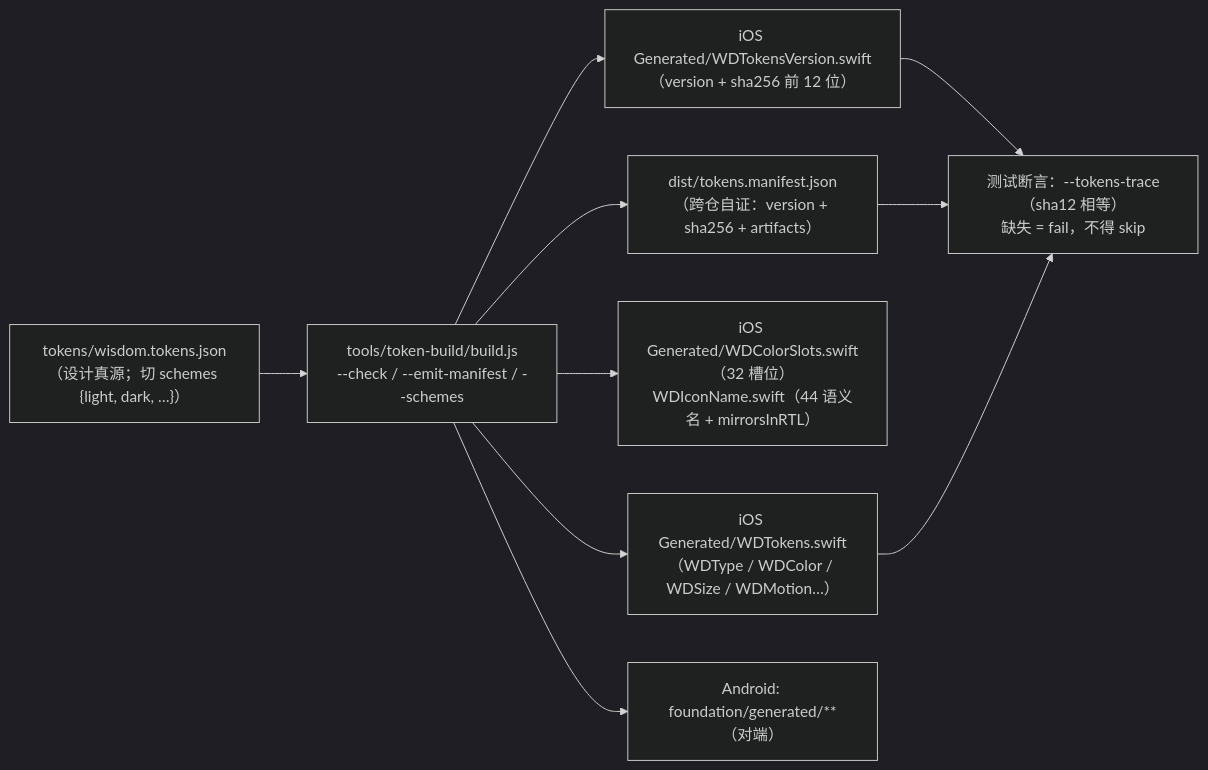
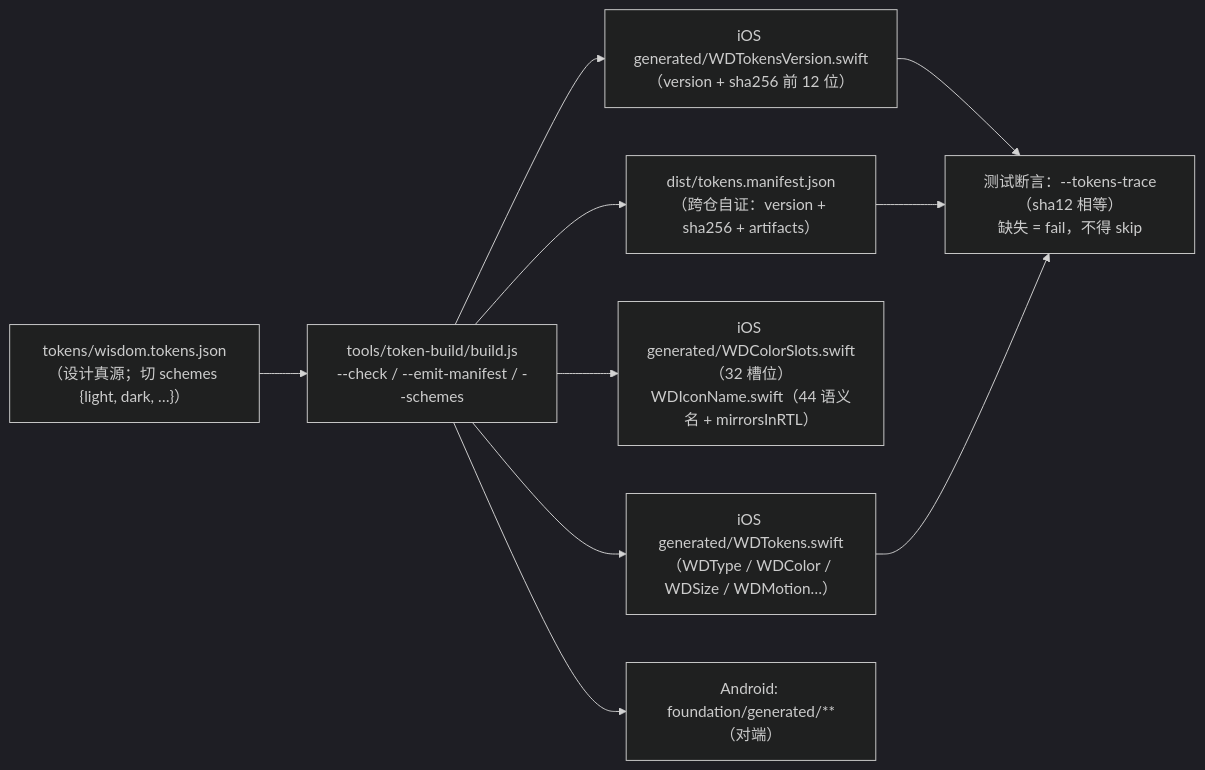
Before and after one commit to wlunc/WisdomDesign-iOS: the second of 8 diagrams in docs/ARCHITECTURE.md, drawn with Mermaid (dark theme). The commit also changed other lines of this file and 10 other files, not shown here.

````diff
--- a/docs/ARCHITECTURE.md
+++ b/docs/ARCHITECTURE.md
@@ -129,21 +129,21 @@
 ```mermaid
 flowchart LR
   Tok["tokens/wisdom.tokens.json<br/>（设计真源；切 schemes {light, dark, …}）"]
   Gen["tools/token-build/build.js<br/>--check / --emit-manifest / --schemes"]
-  S1["iOS Generated/WDTokens.swift<br/>（WDType / WDColor / WDSize / WDMotion…）"]
-  S2["iOS Generated/WDTokensVersion.swift<br/>（version + sha256 前 12 位）"]
-  S3["iOS Generated/WDColorSlots.swift（32 槽位）<br/>WDIconName.swift（44 语义名 + mirrorsInRTL）"]
+  S1["iOS generated/WDTokens.swift<br/>（WDType / WDColor / WDSize / WDMotion…）"]
+  S2["iOS generated/WDTokensVersion.swift<br/>（version + sha256 前 12 位）"]
+  S3["iOS generated/WDColorSlots.swift（32 槽位）<br/>WDIconName.swift（44 语义名 + mirrorsInRTL）"]
   Man["dist/tokens.manifest.json<br/>（跨仓自证：version + sha256 + artifacts）"]
   And["Android: foundation/generated/**（对端）"]
   T["测试断言：--tokens-trace（sha12 相等）<br/>缺失 = fail，不得 skip"]
 
   Tok --> Gen
   Gen --> S1
   Gen --> S2
   Gen --> S3
   Gen --> And
   Gen --> Man
   S2 --> T
   Man --> T
   S1 --> T
 ```
````
